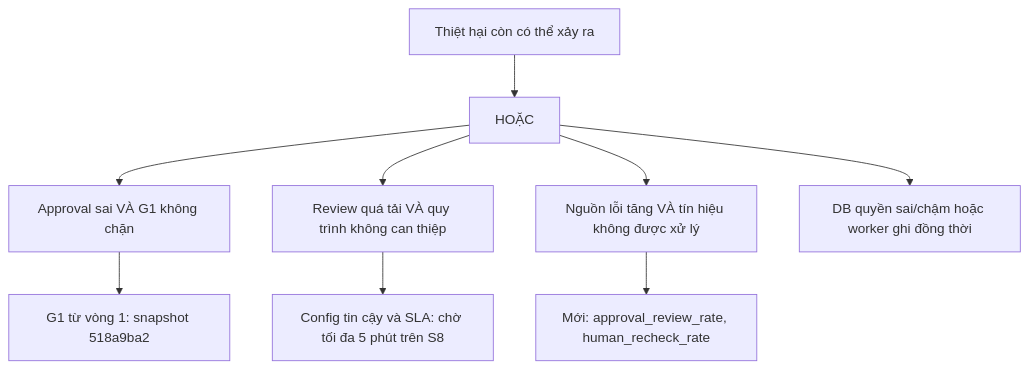
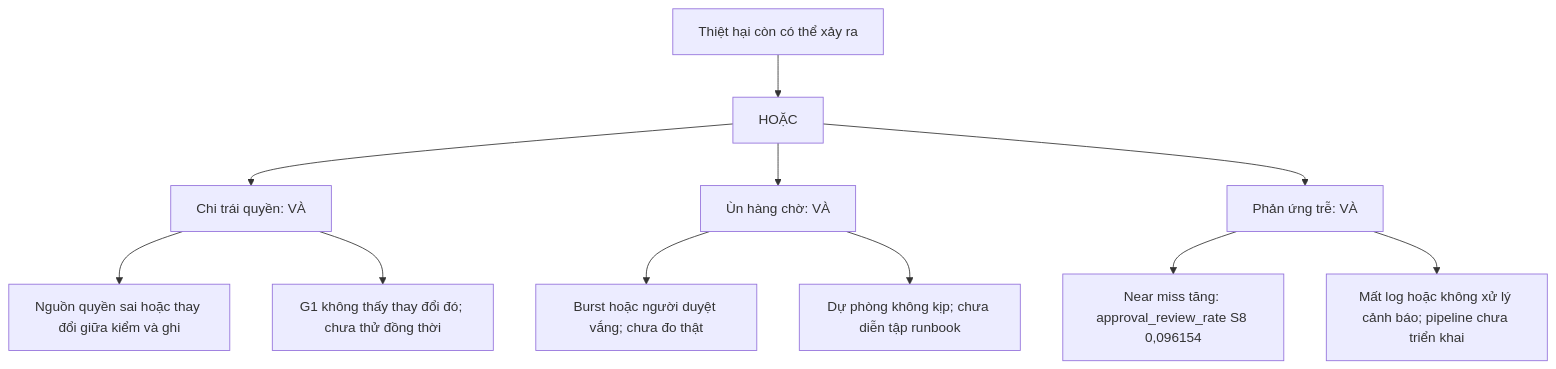
The second of 2 diagrams in templates/form-c-incident.md (dnphuc04/K5-L3A-DAY10-Nhom5Nguoi-PoCtoPilotGate1), drawn with Mermaid before and after one commit. The commit also changed other lines of this file and 7 other files, not shown here.

````diff
--- a/templates/form-c-incident.md
+++ b/templates/form-c-incident.md
@@ -230,11 +231,13 @@
 ```mermaid
 flowchart TD
  T["Thiệt hại còn có thể xảy ra"] --> O["HOẶC"]
- O --> A["Approval sai VÀ G1 không chặn"]
- A --> AA["G1 từ vòng 1: snapshot 518a9ba2"]
- O --> B["Review quá tải VÀ quy trình không can thiệp"]
- B --> BA["Config tin cậy và SLA: chờ tối đa 5 phút trên S8"]
- O --> C["Nguồn lỗi tăng VÀ tín hiệu không được xử lý"]
- C --> CA["Mới: approval_review_rate, human_recheck_rate"]
- O --> D["DB quyền sai/chậm hoặc worker ghi đồng thời"]
+ O --> A["Chi trái quyền: VÀ"]
+ A --> A1["Nguồn quyền sai hoặc thay đổi giữa kiểm và ghi"]
+ A --> A2["G1 không thấy thay đổi đó; chưa thử đồng thời"]
+ O --> B["Ùn hàng chờ: VÀ"]
+ B --> B1["Burst hoặc người duyệt vắng; chưa đo thật"]
+ B --> B2["Dự phòng không kịp; chưa diễn tập runbook"]
+ O --> C["Phản ứng trễ: VÀ"]
+ C --> C1["Near miss tăng: approval_review_rate S8 0,096154"]
+ C --> C2["Mất log hoặc không xử lý cảnh báo; pipeline chưa triển khai"]
 ```
````
